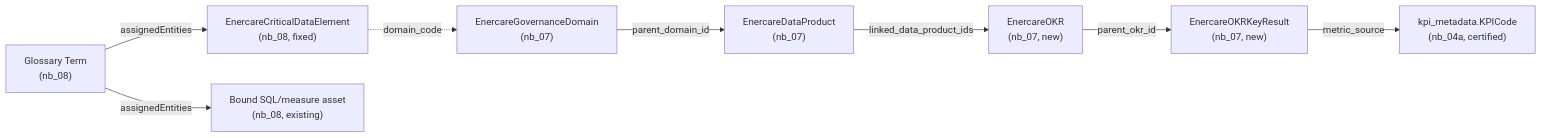
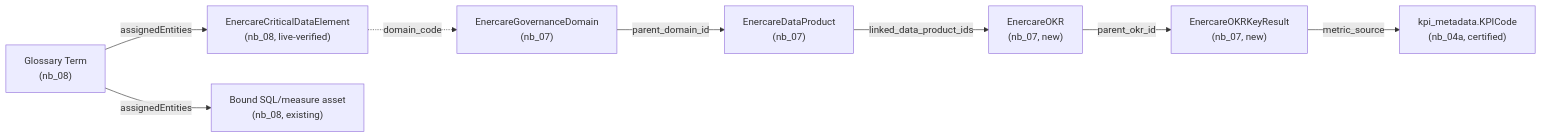
Before and after one commit to RangerXP/sql-metadata-mirror: the second of 2 diagrams in docs/Enercare-Demo-SemPy-Design-Guide.md, drawn with Mermaid. The commit also changed other lines of this file, not shown here.

First line of the commit message:
docs: mark G11-1 CDE-to-Term relationship as live-verified

````diff
--- a/docs/Enercare-Demo-SemPy-Design-Guide.md
+++ b/docs/Enercare-Demo-SemPy-Design-Guide.md
@@ -603,10 +604,10 @@
 ```mermaid
 graph LR
     Domain["EnercareGovernanceDomain\n(nb_07)"] -->|parent_domain_id| Product["EnercareDataProduct\n(nb_07)"]
     Product -->|linked_data_product_ids| OKR["EnercareOKR\n(nb_07, new)"]
     OKR -->|parent_okr_id| KR["EnercareOKRKeyResult\n(nb_07, new)"]
     KR -->|metric_source| KPI["kpi_metadata.KPICode\n(nb_04a, certified)"]
-    Term["Glossary Term\n(nb_08)"] -->|assignedEntities| CDE["EnercareCriticalDataElement\n(nb_08, fixed)"]
+    Term["Glossary Term\n(nb_08)"] -->|assignedEntities| CDE["EnercareCriticalDataElement\n(nb_08, live-verified)"]
     Term -->|assignedEntities| Asset["Bound SQL/measure asset\n(nb_08, existing)"]
     CDE -.->|domain_code| Domain
 ```
````
